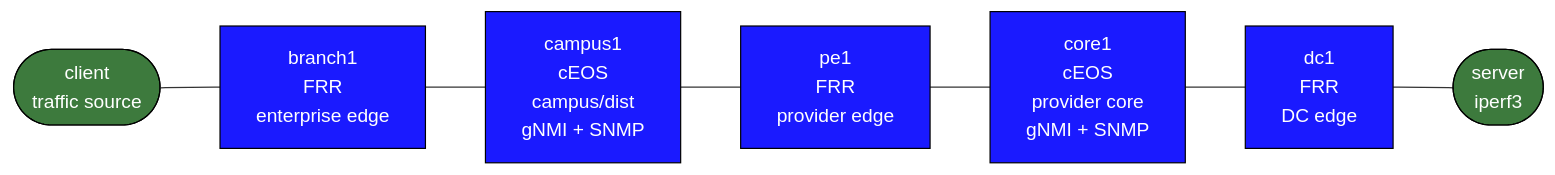
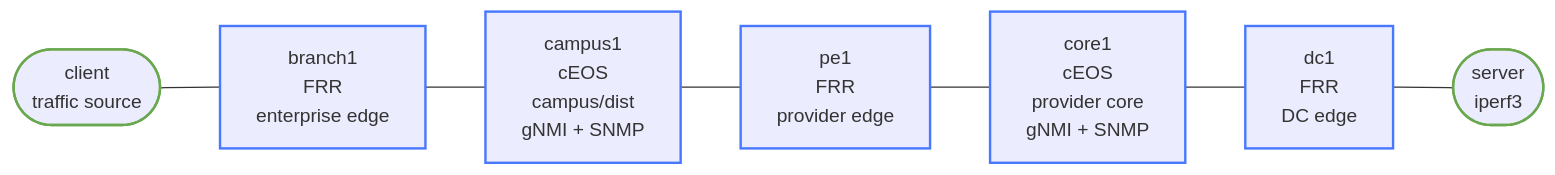
The diagram in labs/telemetry-monitoring-hybrid/README.md (jschless/networkingLabs), drawn with Mermaid before and after one commit. The commit also changed 250 other files, not shown here.

Commit message:
Fix unreadable topology diagrams, convert ASCII art, publish assessments (#57)

````diff
--- a/labs/telemetry-monitoring-hybrid/README.md
+++ b/labs/telemetry-monitoring-hybrid/README.md
@@ -39,23 +39,23 @@
 ```mermaid
 flowchart LR
-    client(["client\ntraffic source"])
-    branch1["branch1\nFRR\nenterprise edge"]
-    campus1["campus1\ncEOS\ncampus/dist\ngNMI + SNMP"]
-    pe1["pe1\nFRR\nprovider edge"]
-    core1["core1\ncEOS\nprovider core\ngNMI + SNMP"]
-    dc1["dc1\nFRR\nDC edge"]
-    server(["server\niperf3"])
+    client(["client<br/>traffic source"])
+    branch1["branch1<br/>FRR<br/>enterprise edge"]
+    campus1["campus1<br/>cEOS<br/>campus/dist<br/>gNMI + SNMP"]
+    pe1["pe1<br/>FRR<br/>provider edge"]
+    core1["core1<br/>cEOS<br/>provider core<br/>gNMI + SNMP"]
+    dc1["dc1<br/>FRR<br/>DC edge"]
+    server(["server<br/>iperf3"])
 
     client --- branch1
     branch1 --- campus1
     campus1 --- pe1
     pe1 --- core1
     core1 --- dc1
     dc1 --- server
 
-    classDef router fill:#1a1aff,color:#fff,stroke:#000
-    classDef host   fill:#3d7a3d,color:#fff,stroke:#000
+    classDef router stroke:#4778ff,stroke-width:2px
+    classDef host stroke:#6aa84f,stroke-width:2px
 
     class branch1,campus1,pe1,core1,dc1 router
     class client,server host
 ```
````
